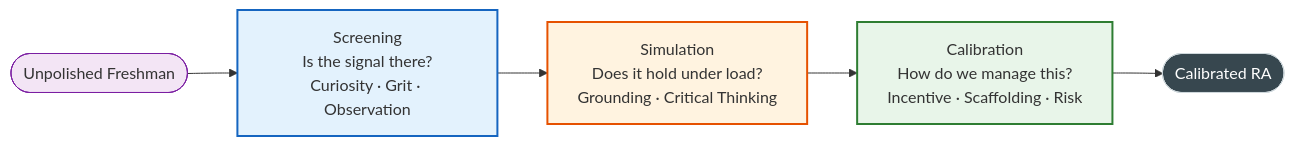
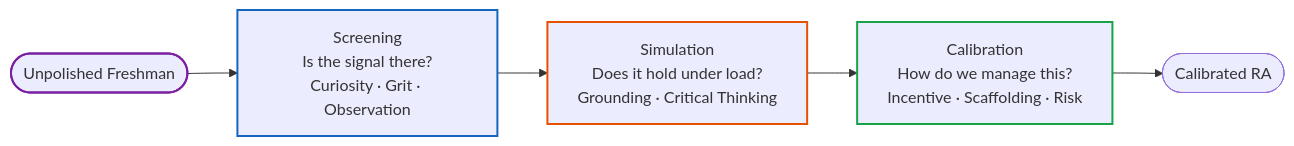
Before and after one commit to uzayer/masterdoc-fumadocs: the third of 5 diagrams in content/docs/projects/research-lab.mdx, drawn with Mermaid. The commit also changed other lines of this file and 3 other files, not shown here.

First line of the commit message:
feat(layout): timeline steps for history, adaptive mermaid theming

````diff
--- a/content/docs/projects/research-lab.mdx
+++ b/content/docs/projects/research-lab.mdx
@@ -109,18 +109,17 @@
 ```mermaid
 flowchart LR
     Input(["Unpolished Freshman"])
 
     P1["Screening<br>Is the signal there?<br>Curiosity · Grit · Observation"]
     P2["Simulation<br>Does it hold under load?<br>Grounding · Critical Thinking"]
     P3["Calibration<br>How do we manage this?<br>Incentive · Scaffolding · Risk"]
 
     Output(["Calibrated RA"])
 
     Input --> P1 --> P2 --> P3 --> Output
 
-    style P1 fill:#e3f2fd,stroke:#1565c0,stroke-width:2px
-    style P2 fill:#fff3e0,stroke:#e65100,stroke-width:2px
-    style P3 fill:#e8f5e9,stroke:#2e7d32,stroke-width:2px
-    style Input fill:#f3e5f5,stroke:#7b1fa2
-    style Output fill:#37474f,color:white,stroke:#cfd8dc
+    style P1 stroke:#1565c0,stroke-width:2px
+    style P2 stroke:#e65100,stroke-width:2px
+    style P3 stroke:#16a34a,stroke-width:2px
+    style Input stroke:#7b1fa2,stroke-width:2px
 ```
````
